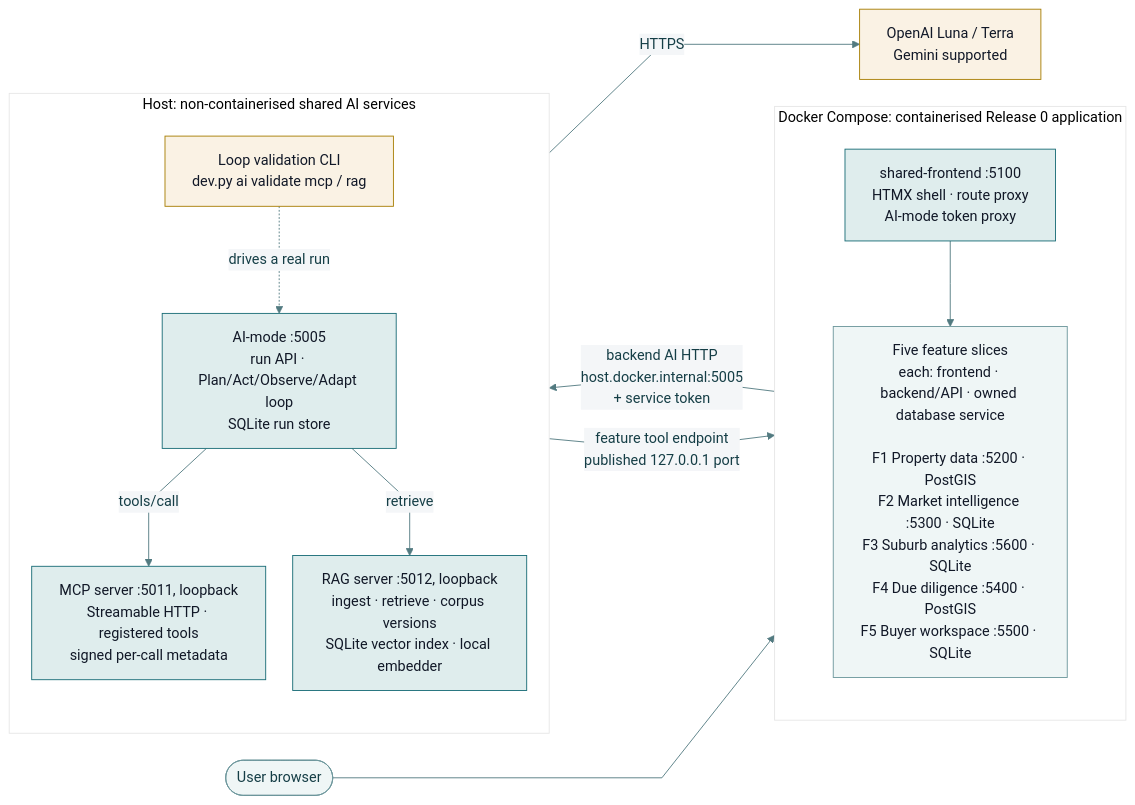
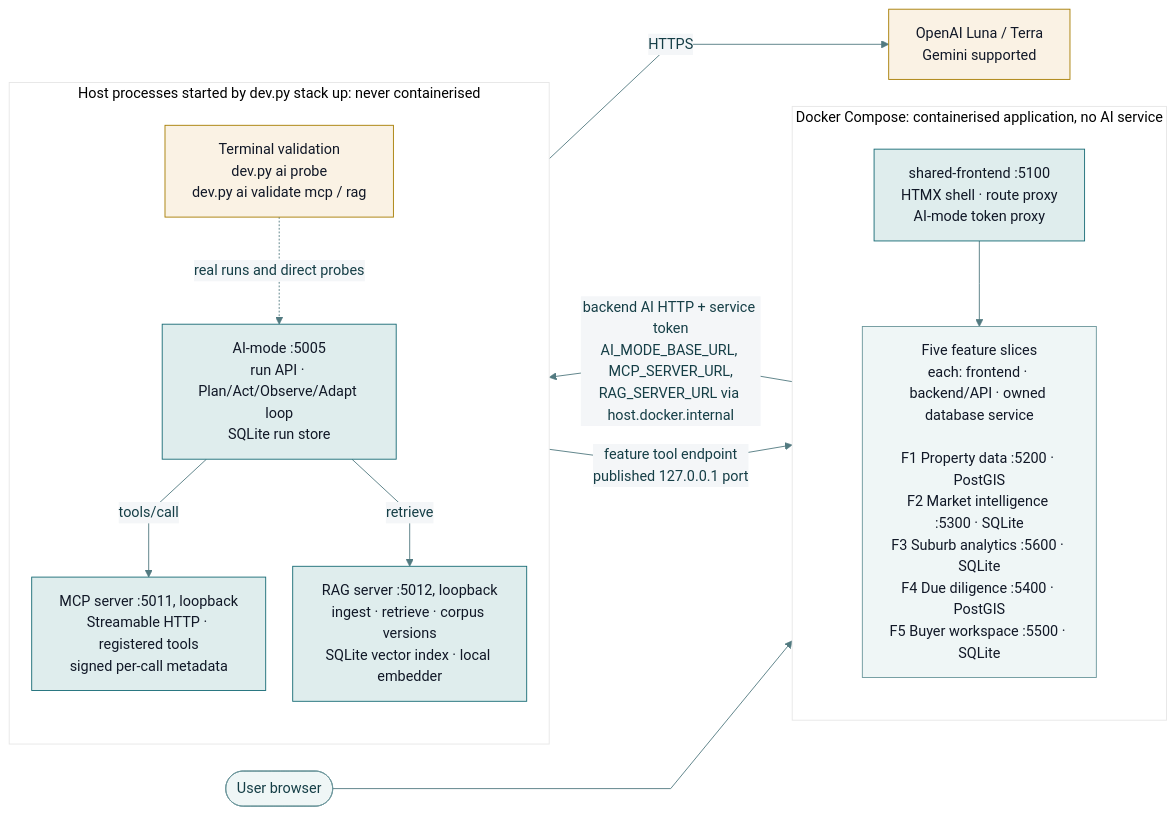
The diagram in docs/reports/diagrams/release-1/release-1-architecture.mmd (MattShelton04/41026ASDProject), drawn with Mermaid before and after one commit. The commit also changed 6 other files, not shown here.

First line of the commit message:
docs(report): describe the enforced non-containerised AI tier

```diff
--- a/docs/reports/diagrams/release-1/release-1-architecture.mmd
+++ b/docs/reports/diagrams/release-1/release-1-architecture.mmd
@@ -1,35 +1,35 @@
 %%{init: {"theme":"base","themeVariables":{"fontFamily":"Arial","fontSize":"16px","primaryColor":"#eff6f6","primaryBorderColor":"#6b969b","primaryTextColor":"#153e46","lineColor":"#527a80","secondaryColor":"#f4f6f8","tertiaryColor":"#ffffff"},"flowchart":{"curve":"linear","nodeSpacing":30,"rankSpacing":70}}}%%
 flowchart LR
     user([User browser])
 
-    subgraph compose["Docker Compose: containerised Release 0 application"]
+    subgraph compose["Docker Compose: containerised application, no AI service"]
         direction TB
         edge["shared-frontend :5100<br/>HTMX shell · route proxy<br/>AI-mode token proxy"]
         features["Five feature slices<br/>each: frontend · backend/API · owned database service<br/><br/>F1 Property data :5200 · PostGIS<br/>F2 Market intelligence :5300 · SQLite<br/>F3 Suburb analytics :5600 · SQLite<br/>F4 Due diligence :5400 · PostGIS<br/>F5 Buyer workspace :5500 · SQLite"]
         edge --> features
     end
 
-    subgraph host["Host: non-containerised shared AI services"]
+    subgraph host["Host processes started by dev.py stack up: never containerised"]
         direction TB
-        loop["Loop validation CLI<br/>dev.py ai validate mcp / rag"]
+        loop["Terminal validation<br/>dev.py ai probe<br/>dev.py ai validate mcp / rag"]
         ai["AI-mode :5005<br/>run API · Plan/Act/Observe/Adapt loop<br/>SQLite run store"]
         mcp["MCP server :5011, loopback<br/>Streamable HTTP · registered tools<br/>signed per-call metadata"]
         rag["RAG server :5012, loopback<br/>ingest · retrieve · corpus versions<br/>SQLite vector index · local embedder"]
-        loop -.->|drives a real run| ai
+        loop -.->|real runs and direct probes| ai
         ai -->|tools/call| mcp
         ai -->|retrieve| rag
     end
 
     model["OpenAI Luna / Terra<br/>Gemini supported"]
 
     user --> edge
-    features -->|"backend AI HTTP<br/>host.docker.internal:5005<br/>+ service token"| ai
+    features -->|"backend AI HTTP + service token<br/>AI_MODE_BASE_URL, MCP_SERVER_URL,<br/>RAG_SERVER_URL via host.docker.internal"| ai
     mcp -->|"feature tool endpoint<br/>published 127.0.0.1 port"| features
     ai -->|HTTPS| model
 
     classDef shared fill:#dfeded,stroke:#176b75,color:#111827;
     classDef feature fill:#eff6f6,stroke:#6b969b,color:#111827;
     classDef note fill:#faf2e4,stroke:#a67c00,color:#111827;
     class edge,ai,mcp,rag shared;
     class features feature;
     class model,loop note;
```
